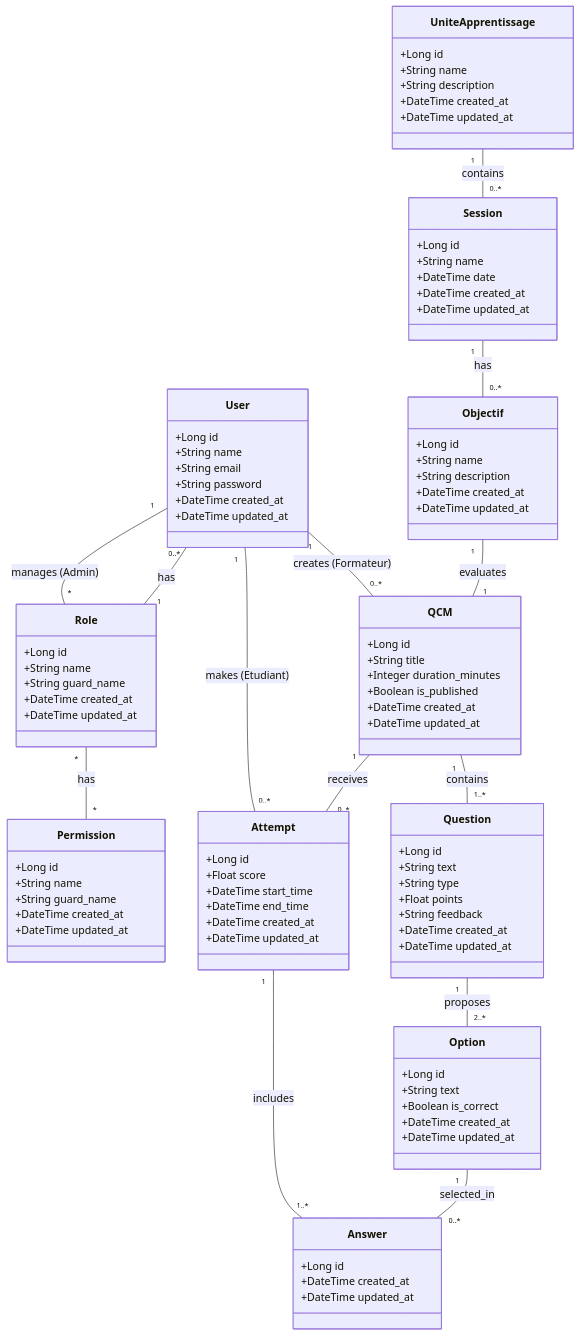
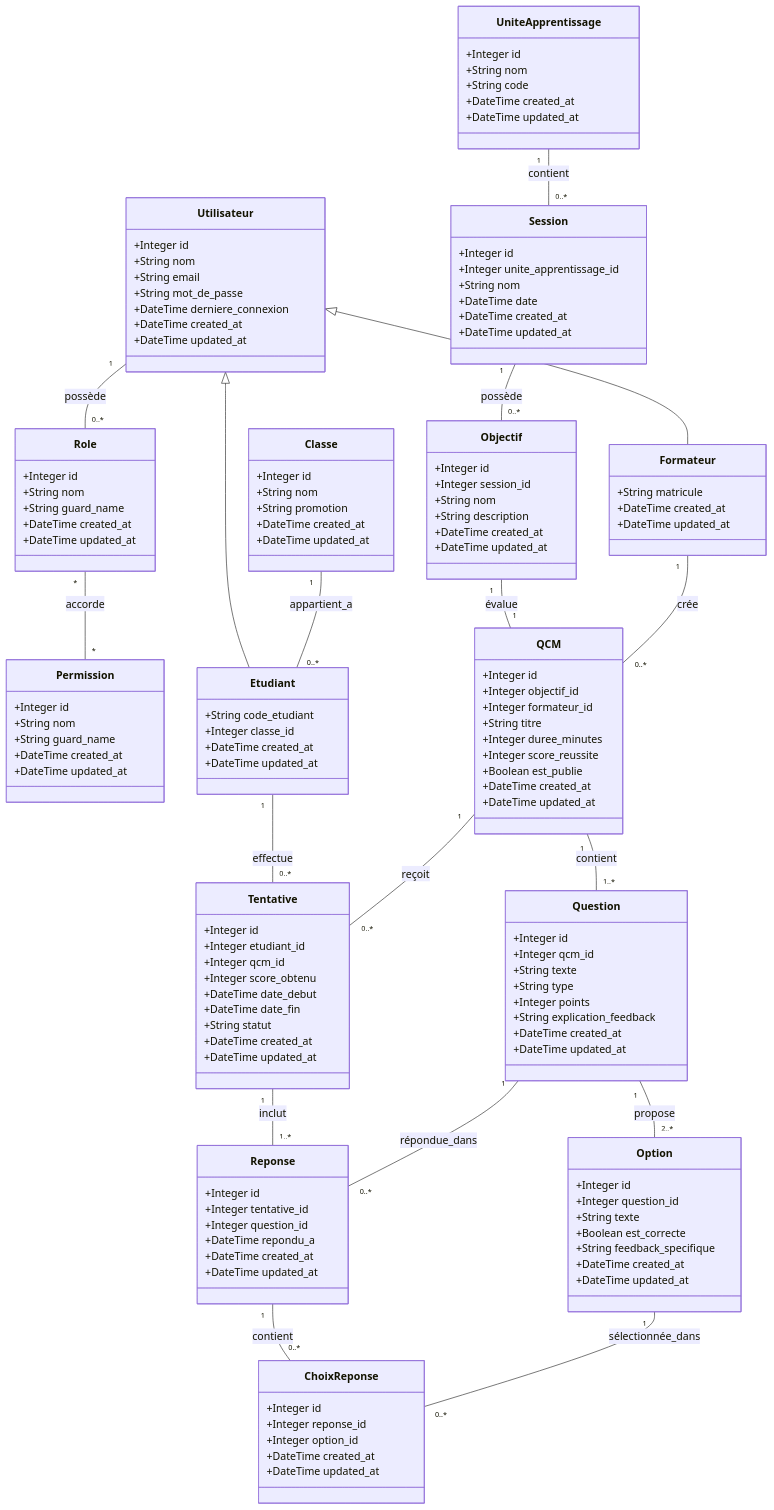
One commit to BENYEKHLEF-Anouar/SoliQuiz changed the diagram in Analyse/modelisation/diagramme-classes.mmd. Above: the diagram before and after it, drawn with Mermaid.

Commit message:
feat: add initial Mermaid class diagram detailing the application's data model and relationships.

```diff
--- a/Analyse/modelisation/diagramme-classes.mmd
+++ b/Analyse/modelisation/diagramme-classes.mmd
@@ -1,114 +1,172 @@
 classDiagram
     direction TB
 
-    class User {
-        +Long id
-        +String name
+    class Utilisateur {
+        +Integer id
+        +String nom
         +String email
-        +String password
+        +String mot_de_passe
+        +DateTime derniere_connexion
         +DateTime created_at
         +DateTime updated_at
     }
 
     class Role {
-        +Long id
-        +String name
+        +Integer id
+        +String nom
         +String guard_name
         +DateTime created_at
         +DateTime updated_at
     }
 
     class Permission {
-        +Long id
-        +String name
+        +Integer id
+        +String nom
         +String guard_name
         +DateTime created_at
         +DateTime updated_at
     }
 
+    class Formateur {
+        +String matricule
+        +DateTime created_at
+        +DateTime updated_at
+    }
+
+    class Etudiant {
+        +String code_etudiant
+        +Integer classe_id
+        +DateTime created_at
+        +DateTime updated_at
+    }
+
+    class Classe {
+        +Integer id
+        +String nom
+        +String promotion
+        +DateTime created_at
+        +DateTime updated_at
+    }
+
     class UniteApprentissage {
-        +Long id
-        +String name
-        +String description
+        +Integer id
+        +String nom
+        +String code
         +DateTime created_at
         +DateTime updated_at
     }
 
     class Session {
-        +Long id
-        +String name
+        +Integer id
+        +Integer unite_apprentissage_id
+        +String nom
         +DateTime date
         +DateTime created_at
         +DateTime updated_at
     }
 
     class Objectif {
-        +Long id
-        +String name
+        +Integer id
+        +Integer session_id
+        +String nom
         +String description
         +DateTime created_at
         +DateTime updated_at
     }
 
     class QCM {
-        +Long id
-        +String title
-        +Integer duration_minutes
-        +Boolean is_published
+        +Integer id
+        +Integer objectif_id
+        +Integer formateur_id
+        +String titre
+        +Integer duree_minutes
+        +Integer score_reussite
+        +Boolean est_publie
         +DateTime created_at
         +DateTime updated_at
     }
 
     class Question {
-        +Long id
-        +String text
+        +Integer id
+        +Integer qcm_id
+        +String texte
         +String type
-        +Float points
-        +String feedback
+        +Integer points
+        +String explication_feedback
         +DateTime created_at
         +DateTime updated_at
     }
 
     class Option {
-        +Long id
-        +String text
-        +Boolean is_correct
+        +Integer id
+        +Integer question_id
+        +String texte
+        +Boolean est_correcte
+        +String feedback_specifique
         +DateTime created_at
         +DateTime updated_at
     }
 
-    class Attempt {
-        +Long id
-        +Float score
-        +DateTime start_time
-        +DateTime end_time
+    class Tentative {
+        +Integer id
+        +Integer etudiant_id
+        +Integer qcm_id
+        +Integer score_obtenu
+        +DateTime date_debut
+        +DateTime date_fin
+        +String statut
         +DateTime created_at
         +DateTime updated_at
     }
 
-    class Answer {
-        +Long id
+    class Reponse {
+        +Integer id
+        +Integer tentative_id
+        +Integer question_id
+        +DateTime repondu_a
         +DateTime created_at
         +DateTime updated_at
     }
 
-    %% Relations corrigées
-    Role "1" -- "0..*" User : has
-    Role "*" -- "*" Permission : has
+    class ChoixReponse {
+        +Integer id
+        +Integer reponse_id
+        +Integer option_id
+        +DateTime created_at
+        +DateTime updated_at
+    }
 
-    User "1" -- "*" Role : manages (Admin)
-    User "1" -- "0..*" QCM : creates (Formateur)
-    User "1" -- "0..*" Attempt : makes (Etudiant)
+    %% ───────── RBAC ─────────
+    Utilisateur "1" -- "0..*" Role : possède
+    Role "*" -- "*" Permission : accorde
 
-    UniteApprentissage "1" -- "0..*" Session : contains
-    Session "1" -- "0..*" Objectif : has
-    Objectif "1" -- "1" QCM : evaluates
+    %% ───────── Héritage ─────────
+    Utilisateur <|-- Formateur
+    Utilisateur <|-- Etudiant
 
-    QCM "1" -- "1..*" Question : contains
-    Question "1" -- "2..*" Option : proposes
+    %% ───────── Structure des Classes ─────────
+    Classe "1" -- "0..*" Etudiant : appartient_a
 
-    QCM "1" -- "0..*" Attempt : receives
-    Attempt "1" -- "1..*" Answer : includes
-    
-    %% Question "1" -- "0..*" Answer : answered_in
-    Option "1" -- "0..*" Answer : selected_in
+    %% ───────── Structure Pédagogique ─────────
+    UniteApprentissage "1" -- "0..*" Session : contient
+    Session "1" -- "0..*" Objectif : possède
+    Objectif "1" -- "1" QCM : évalue
+
+    %% ───────── Structure du QCM ─────────
+    QCM "1" -- "1..*" Question : contient
+    Question "1" -- "2..*" Option : propose
+
+    %% ───────── Création ─────────
+    Formateur "1" -- "0..*" QCM : crée
+
+    %% ───────── Participation ─────────
+    Etudiant "1" -- "0..*" Tentative : effectue
+    QCM "1" -- "0..*" Tentative : reçoit
+
+    %% ───────── Réponses ─────────
+    Tentative "1" -- "1..*" Reponse : inclut
+    Question "1" -- "0..*" Reponse : répondue_dans
+
+    %% ───────── Sélections Choix Multiples ─────────
+    Reponse "1" -- "0..*" ChoixReponse : contient
+    Option "1" -- "0..*" ChoixReponse : sélectionnée_dans
```
